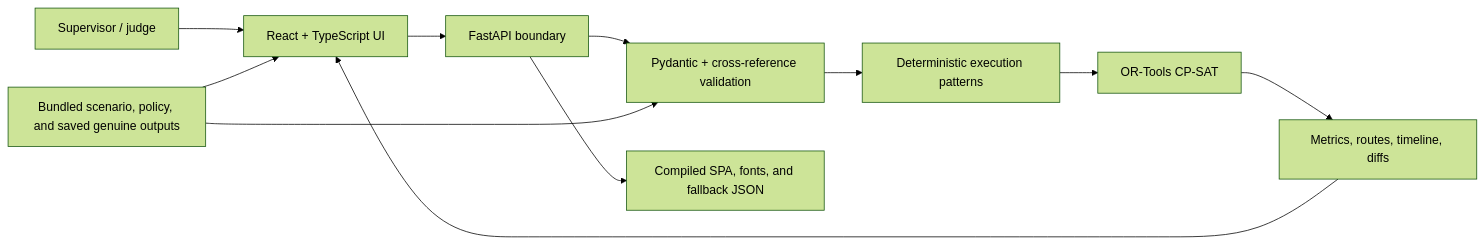
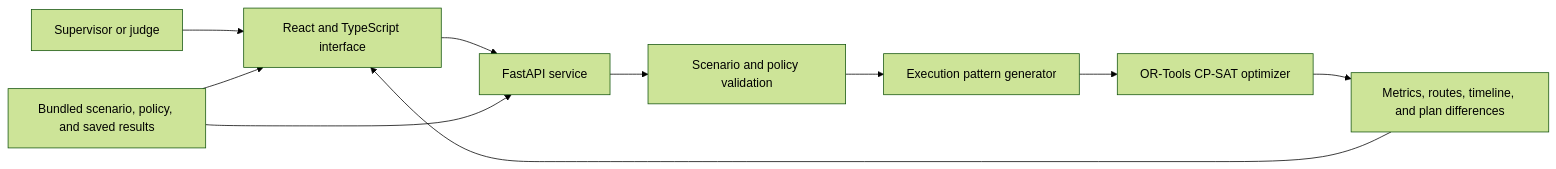
The diagram in README.md (kaustubh-dot/HeatShift), drawn with Mermaid (forest theme) before and after one commit. The commit also changed other lines of this file and 6 other files, not shown here.

````diff
--- a/README.md
+++ b/README.md
@@ -34,13 +43,12 @@
 ```mermaid
 flowchart LR
-    C["Supervisor / judge"] --> UI["React + TypeScript UI"]
-    UI --> API["FastAPI boundary"]
-    API --> V["Pydantic + cross-reference validation"]
-    V --> P["Deterministic execution patterns"]
-    P --> S["OR-Tools CP-SAT"]
-    S --> R["Metrics, routes, timeline, diffs"]
+    U["Supervisor or judge"] --> UI["React and TypeScript interface"]
+    UI --> API["FastAPI service"]
+    API --> V["Scenario and policy validation"]
+    V --> P["Execution pattern generator"]
+    P --> S["OR-Tools CP-SAT optimizer"]
+    S --> R["Metrics, routes, timeline, and plan differences"]
     R --> UI
-    F["Bundled scenario, policy, and saved genuine outputs"] --> V
+    F["Bundled scenario, policy, and saved results"] --> API
     F --> UI
-    API --> A["Compiled SPA, fonts, and fallback JSON"]
 ```
````
